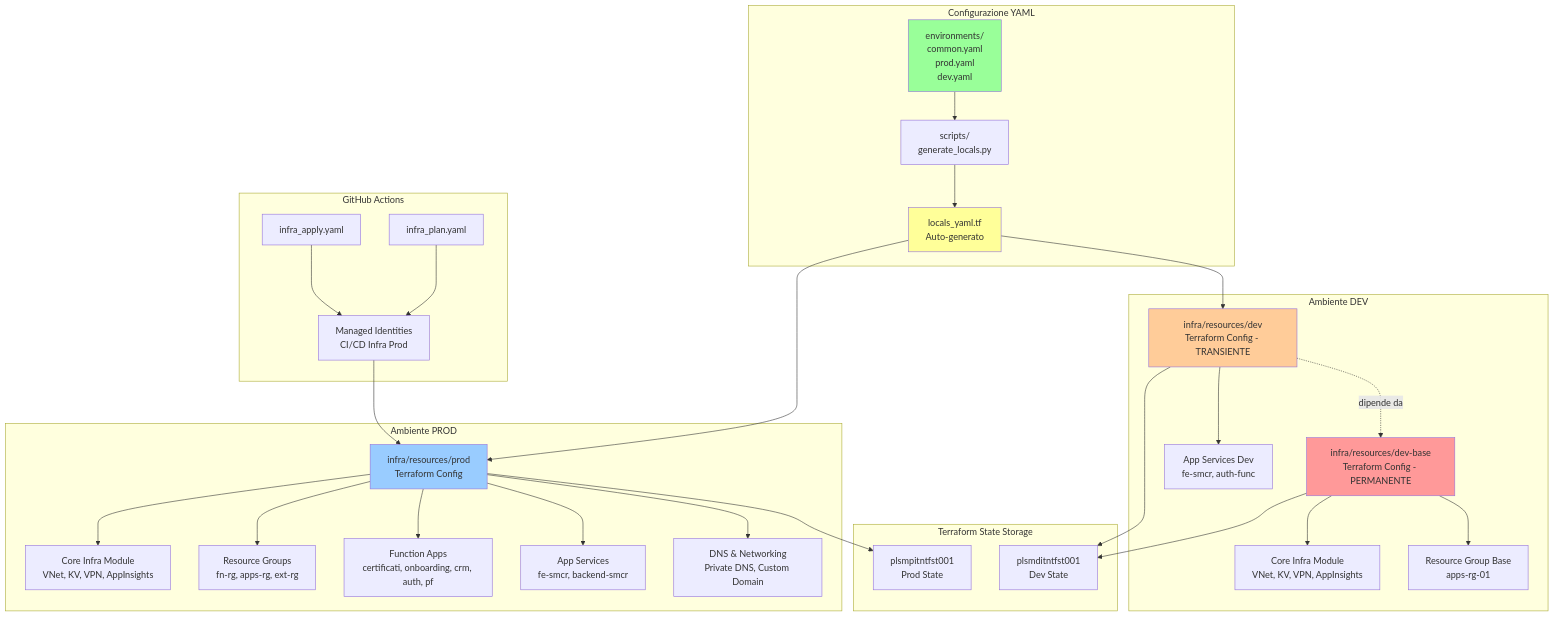
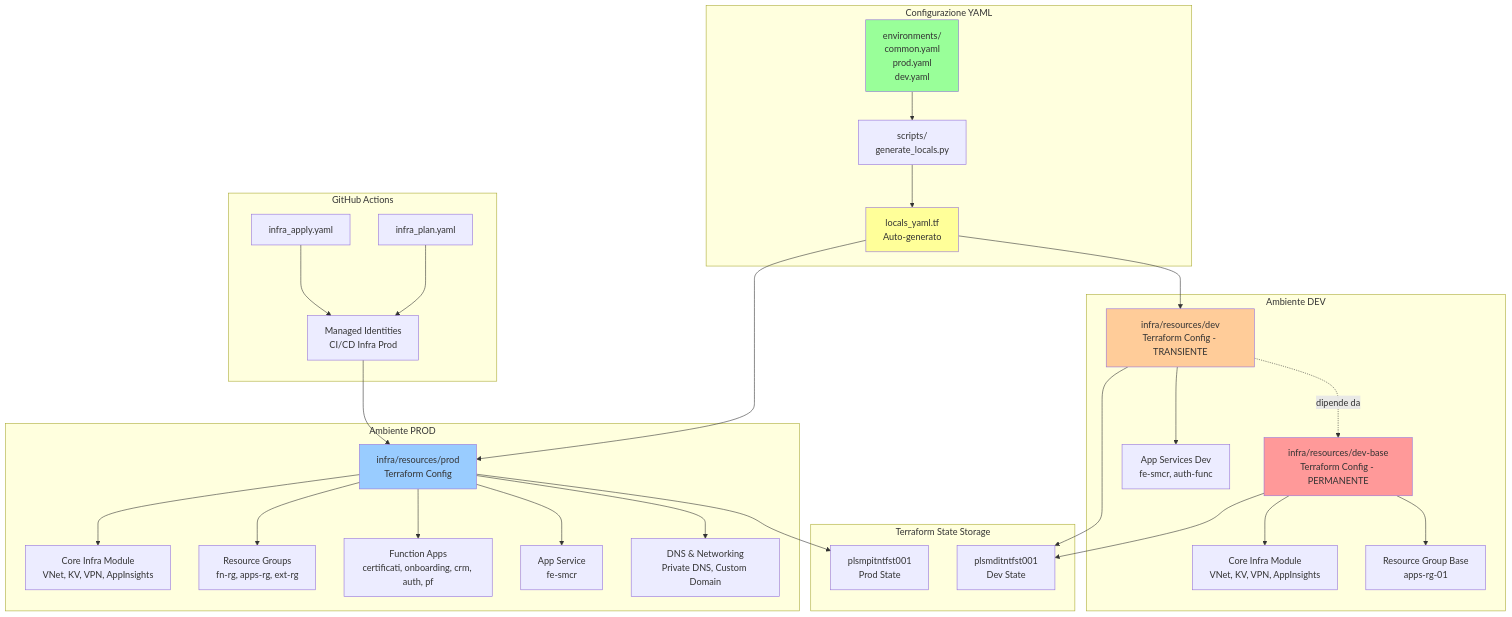
Before and after one commit to pagopa/plsm-service-management: the second of 2 diagrams in docs/monorepo/infra/overview.md, drawn with Mermaid. The commit also changed other lines of this file and 8 other files, not shown here.

First line of the commit message:
chore(infra): [SMION-972] rimuove l'App Service BE SMCR non utilizzato (#430)

````diff
--- a/docs/monorepo/infra/overview.md
+++ b/docs/monorepo/infra/overview.md
@@ -438,53 +438,53 @@
 ```mermaid
 graph TB
     subgraph "Terraform State Storage"
         TFPROD[plsmpitntfst001<br/>Prod State]
         TFDEV[plsmditntfst001<br/>Dev State]
     end
 
     subgraph "Ambiente PROD"
         PRODTF[infra/resources/prod<br/>Terraform Config]
         PRODTF --> TFPROD
 
         PRODTF --> COREPROD[Core Infra Module<br/>VNet, KV, VPN, AppInsights]
         PRODTF --> RGPROD[Resource Groups<br/>fn-rg, apps-rg, ext-rg]
         PRODTF --> FUNCPROD[Function Apps<br/>certificati, onboarding, crm, auth, pf]
-        PRODTF --> APPPROD[App Services<br/>fe-smcr, backend-smcr]
+        PRODTF --> APPPROD[App Service<br/>fe-smcr]
         PRODTF --> DNSPROD[DNS & Networking<br/>Private DNS, Custom Domain]
     end
 
     subgraph "Ambiente DEV"
         DEVBASETF[infra/resources/dev-base<br/>Terraform Config - PERMANENTE]
         DEVBASETF --> TFDEV
         DEVBASETF --> COREDEV[Core Infra Module<br/>VNet, KV, VPN, AppInsights]
         DEVBASETF --> RGDEVBASE[Resource Group Base<br/>apps-rg-01]
 
         DEVTF[infra/resources/dev<br/>Terraform Config - TRANSIENTE]
         DEVTF --> TFDEV
         DEVTF -.dipende da.-> DEVBASETF
         DEVTF --> APPDEV[App Services Dev<br/>fe-smcr, auth-func]
     end
 
     subgraph "Configurazione YAML"
         YAML[environments/<br/>common.yaml<br/>prod.yaml<br/>dev.yaml]
         SCRIPT[scripts/<br/>generate_locals.py]
         YAML --> SCRIPT
         SCRIPT --> LOCALYAML[locals_yaml.tf<br/>Auto-generato]
         LOCALYAML --> PRODTF
         LOCALYAML --> DEVTF
     end
 
     subgraph "GitHub Actions"
         GHPLAN[infra_plan.yaml]
         GHAPPLY[infra_apply.yaml]
         GHPLAN --> IDENTPROD[Managed Identities<br/>CI/CD Infra Prod]
         GHAPPLY --> IDENTPROD
         IDENTPROD --> PRODTF
     end
 
     style DEVBASETF fill:#ff9999
     style DEVTF fill:#ffcc99
     style PRODTF fill:#99ccff
     style YAML fill:#99ff99
     style LOCALYAML fill:#ffff99
 ```
````
